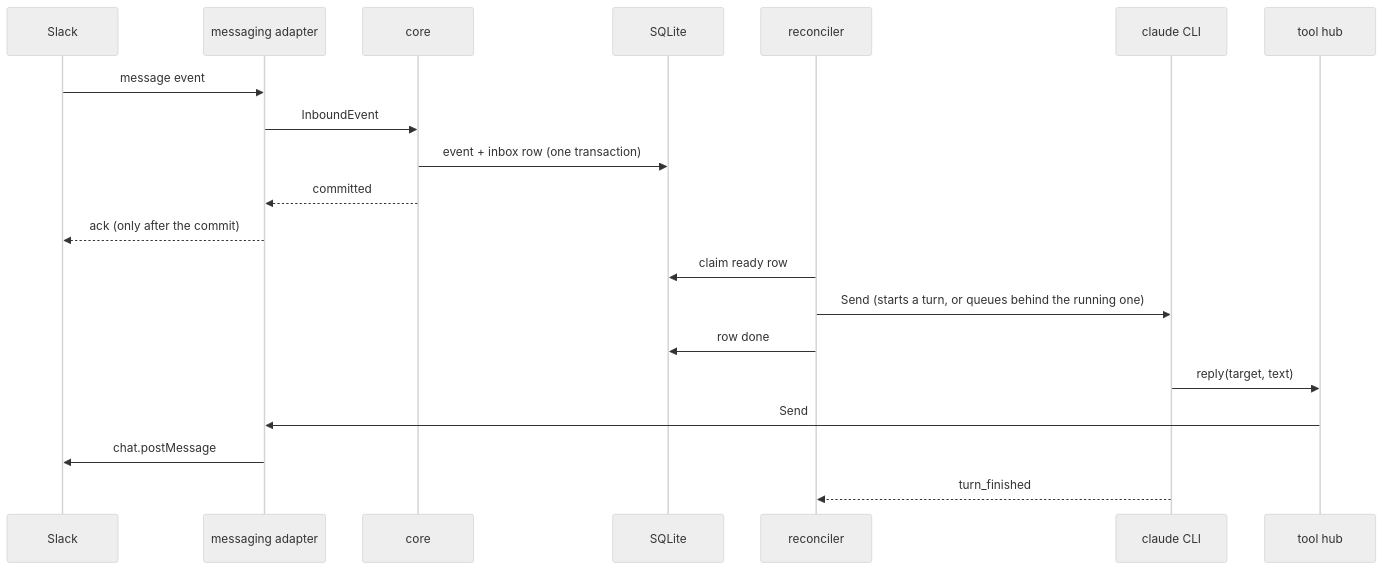
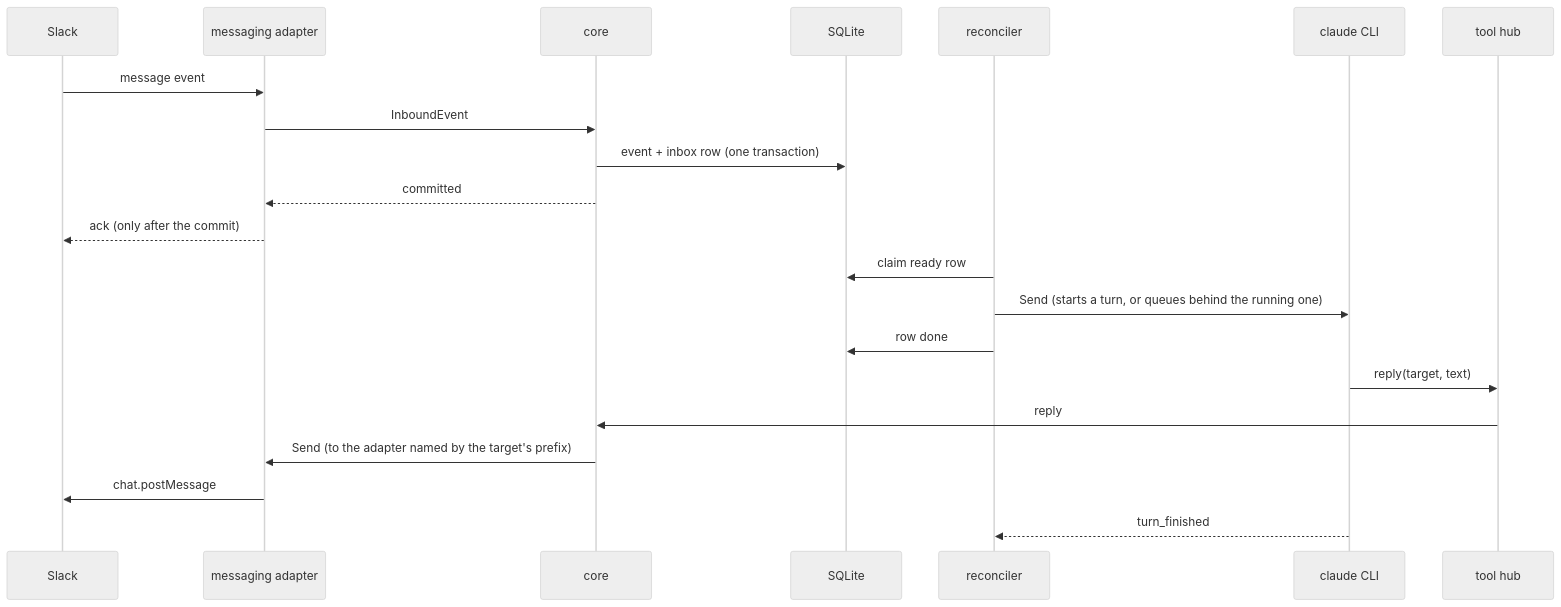
The second of 2 diagrams in docs/architecture.md (motoki317/noctiluca), drawn with Mermaid (neutral theme) before and after one commit. The commit also changed other lines of this file and 3 other files, not shown here.

````diff
--- a/docs/architecture.md
+++ b/docs/architecture.md
@@ -25,22 +28,23 @@
 ```mermaid
 sequenceDiagram
   participant S as Slack
   participant A as messaging adapter
   participant C as core
   participant D as SQLite
   participant R as reconciler
   participant M as claude CLI
   participant H as tool hub
   S->>A: message event
   A->>C: InboundEvent
   C->>D: event + inbox row (one transaction)
   C-->>A: committed
   A-->>S: ack (only after the commit)
   R->>D: claim ready row
   R->>M: Send (starts a turn, or queues behind the running one)
   R->>D: row done
   M->>H: reply(target, text)
-  H->>A: Send
+  H->>C: reply
+  C->>A: Send (to the adapter named by the target's prefix)
   A->>S: chat.postMessage
   M-->>R: turn_finished
 ```
````
